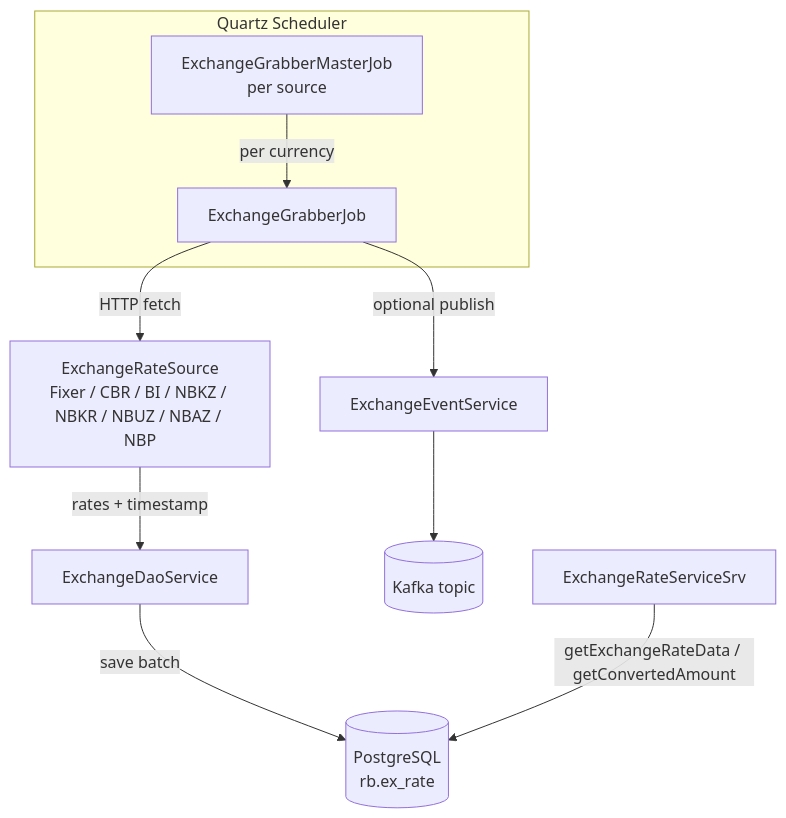
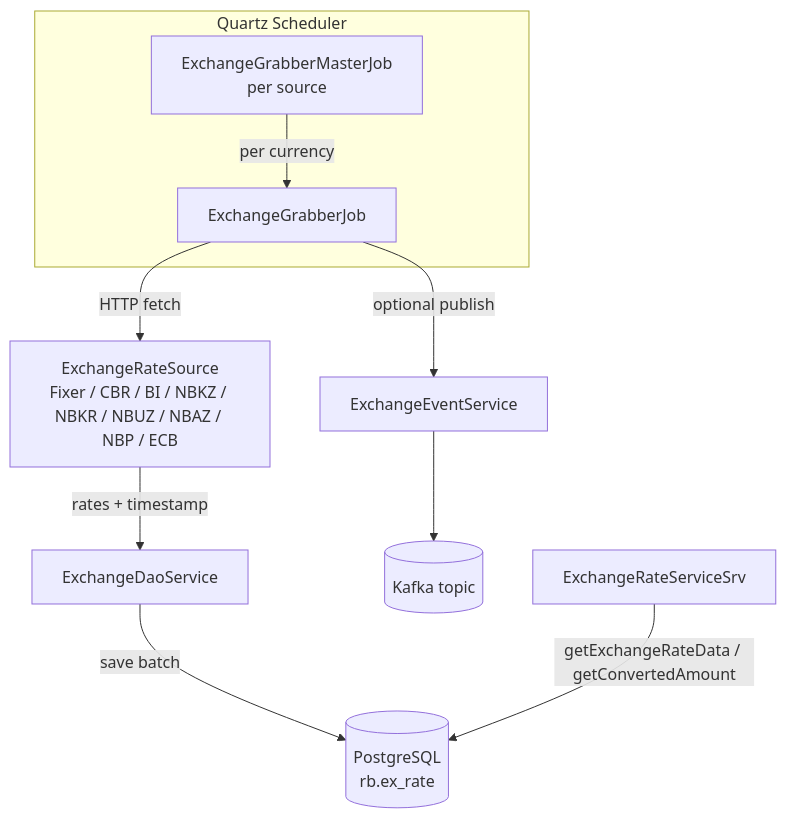
Before and after one commit to valitydev/rate-boss: the diagram in README.md, drawn with Mermaid. The commit also changed other lines of this file and 27 other files, not shown here.

Commit message:
Add ECB exchange rate source (#34)

````diff
--- a/README.md
+++ b/README.md
@@ -9,14 +9,14 @@
 ```mermaid
 flowchart TD
   subgraph Quartz Scheduler
     M[ExchangeGrabberMasterJob<br/>per source] -->|per currency| J[ExchangeGrabberJob]
   end
 
-  J -->|HTTP fetch| S[ExchangeRateSource<br/>Fixer / CBR / BI / NBKZ / NBKR / NBUZ / NBAZ / NBP]
+  J -->|HTTP fetch| S[ExchangeRateSource<br/>Fixer / CBR / BI / NBKZ / NBKR / NBUZ / NBAZ / NBP / ECB]
   S -->|rates + timestamp| D[ExchangeDaoService]
   D -->|save batch| DB[(PostgreSQL<br/>rb.ex_rate)]
   J -->|optional publish| E[ExchangeEventService]
   E --> K[(Kafka topic)]
 
   API[ExchangeRateServiceSrv] -->|getExchangeRateData / getConvertedAmount| DB
 ```
````
